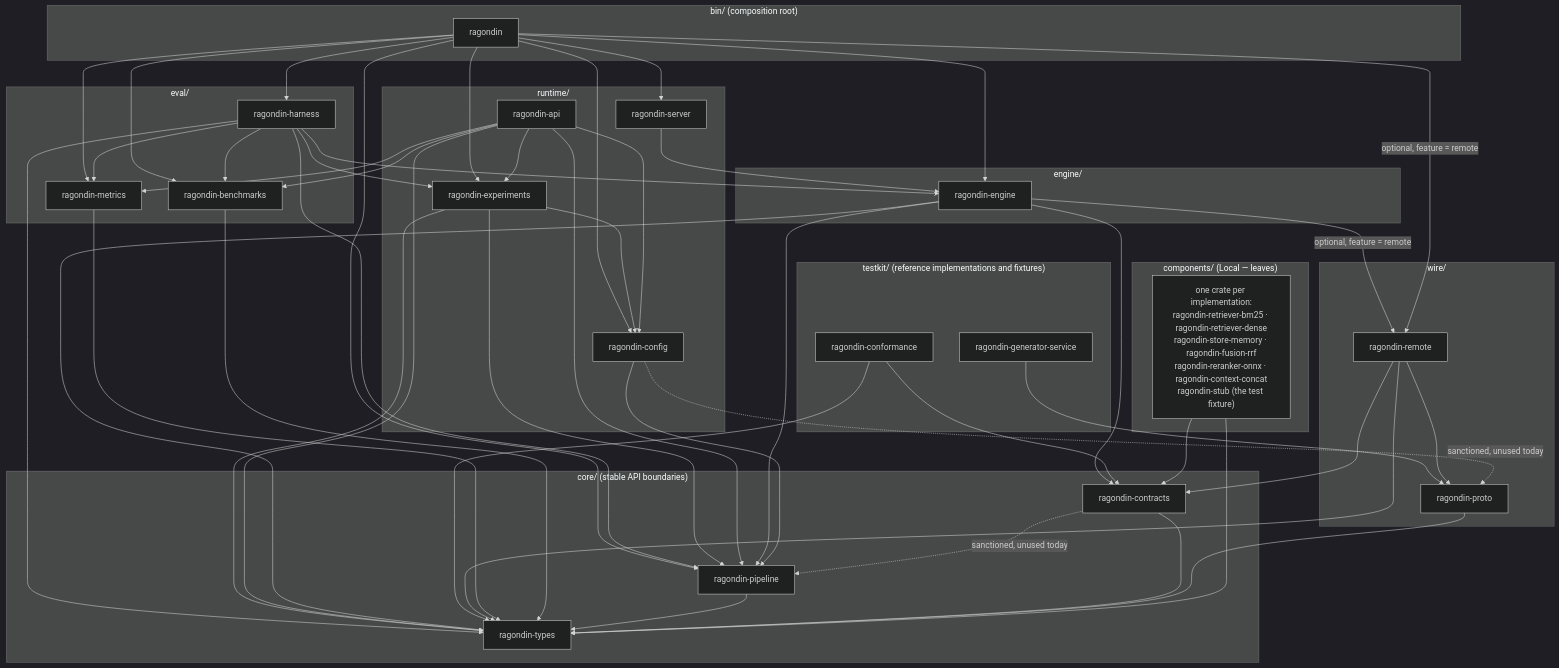
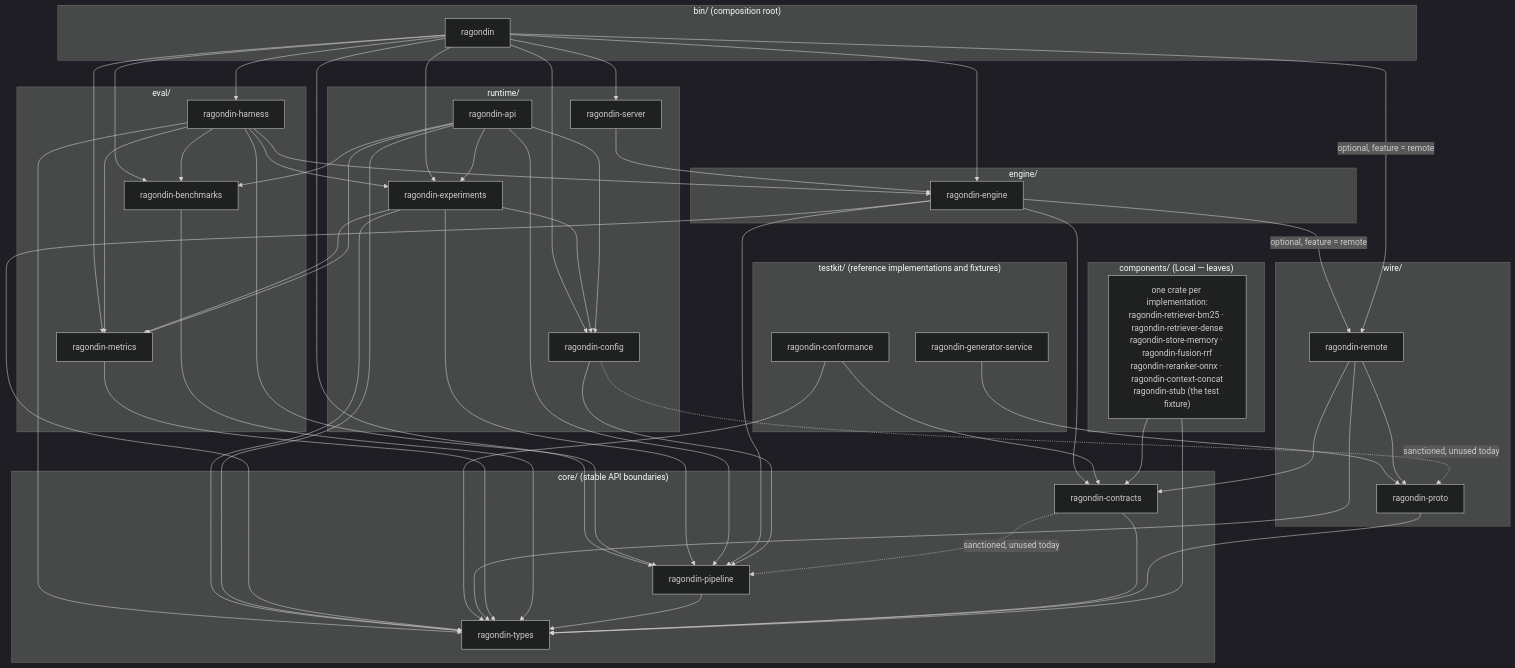
The first of 4 diagrams in docs/code-architecture.md (genesary/Ragondin), drawn with Mermaid (dark theme) before and after one commit. The commit also changed 38 other files, not shown here.

````diff
--- a/docs/code-architecture.md
+++ b/docs/code-architecture.md
@@ -192,57 +192,57 @@
 ```mermaid
 flowchart TB
   subgraph BIN["bin/ (composition root)"]
     RAG[ragondin]
   end
   subgraph RUNTIME["runtime/"]
     SRV[ragondin-server]
     EXP[ragondin-experiments]
     CFG[ragondin-config]
     API[ragondin-api]
   end
   subgraph EVAL["eval/"]
     HAR[ragondin-harness]
     MET[ragondin-metrics]
     BEN[ragondin-benchmarks]
   end
   subgraph ENGINE["engine/"]
     ENG[ragondin-engine]
   end
   subgraph TESTKIT["testkit/ (reference implementations and fixtures)"]
     CNF[ragondin-conformance]
     GEN[ragondin-generator-service]
   end
   subgraph COMP["components/ (Local — leaves)"]
     CX["one crate per implementation:<br/>ragondin-retriever-bm25 · ragondin-retriever-dense<br/>ragondin-store-memory · ragondin-fusion-rrf<br/>ragondin-reranker-onnx · ragondin-context-concat<br/>ragondin-stub (the test fixture)"]
   end
   subgraph WIRE["wire/"]
     PRO[ragondin-proto]
     REM[ragondin-remote]
   end
   subgraph CORE["core/ (stable API boundaries)"]
     CON[ragondin-contracts]
     PIP[ragondin-pipeline]
     TYP[ragondin-types]
   end
 
   RAG --> SRV & HAR & EXP & CFG & ENG & MET & BEN & PIP
   SRV --> ENG
   HAR --> ENG & MET & BEN & EXP & PIP & TYP
-  EXP --> CFG & PIP & TYP
+  EXP --> CFG & MET & PIP & TYP
   API --> CFG & EXP & MET & BEN & PIP & TYP
   ENG --> CON & PIP & TYP
   ENG -->|"optional, feature = remote"| REM
   RAG -->|"optional, feature = remote"| REM
   CNF --> CON & TYP
   GEN --> PRO
   REM --> CON & TYP & PRO
   MET --> TYP
   BEN --> TYP
   CFG --> PIP
   CFG -.->|"sanctioned, unused today"| PRO
   CON -.->|"sanctioned, unused today"| PIP
   PIP --> TYP
   CON --> TYP
   PRO --> TYP
   CX --> CON & TYP
 ```
````
